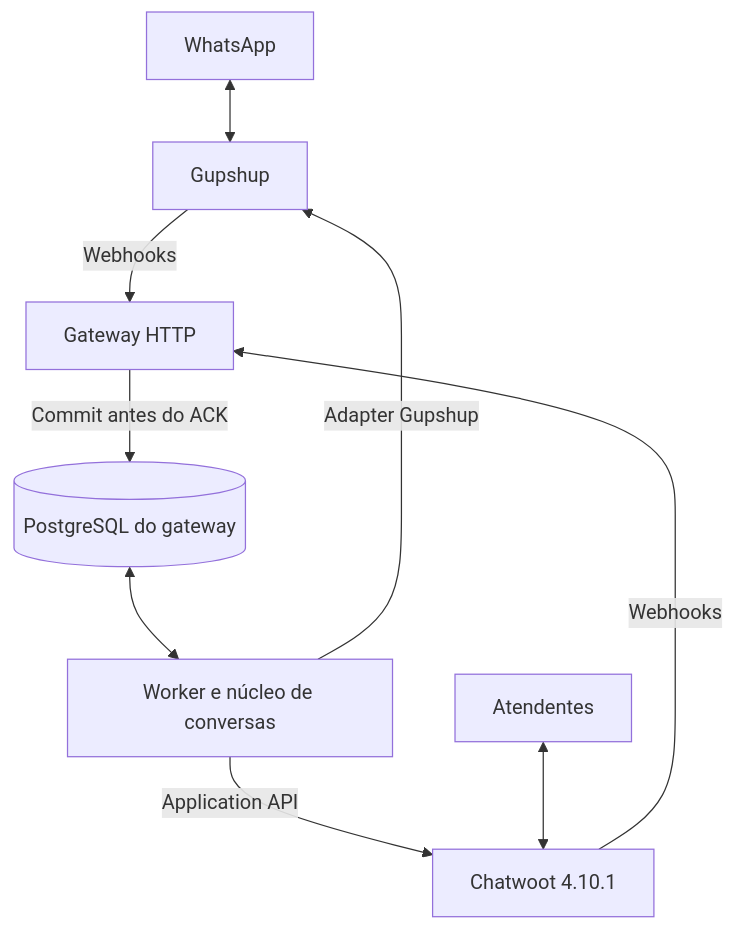
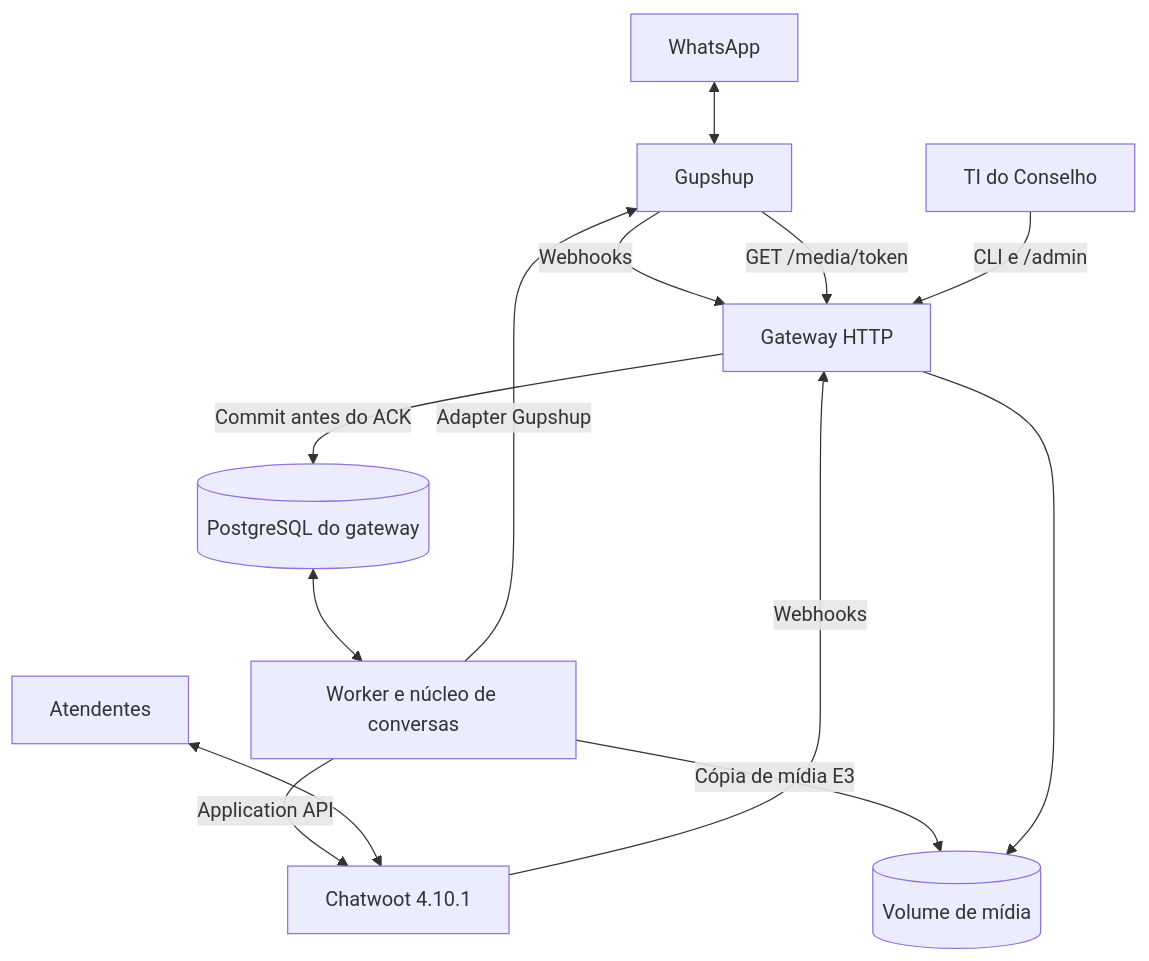
Before and after one commit to rubensdimas/whatsapp-gtw-c11: the diagram in docs/02-ARQUITETURA.md, drawn with Mermaid. The commit also changed other lines of this file and 23 other files, not shown here.

````diff
--- a/docs/02-ARQUITETURA.md
+++ b/docs/02-ARQUITETURA.md
@@ -7,11 +7,15 @@
 ```mermaid
 flowchart TD
   W[WhatsApp] <--> G[Gupshup]
   G -->|Webhooks| A[Gateway HTTP]
   C[Chatwoot 4.10.1] -->|Webhooks| A
   A -->|Commit antes do ACK| D[(PostgreSQL do gateway)]
   D <--> P[Worker e núcleo de conversas]
   P -->|Application API| C
   P -->|Adapter Gupshup| G
+  P -->|Cópia de mídia E3| M[(Volume de mídia)]
+  G -->|GET /media/token| A
+  A --> M
   H[Atendentes] <--> C
+  T[TI do Conselho] -->|CLI e /admin| A
 ```
````
